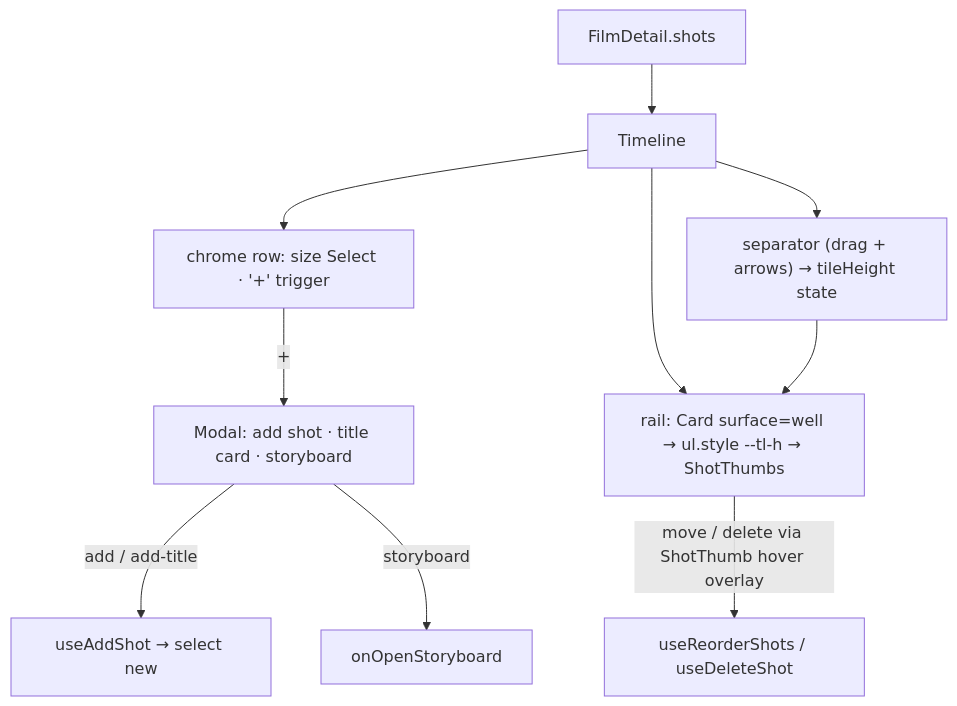
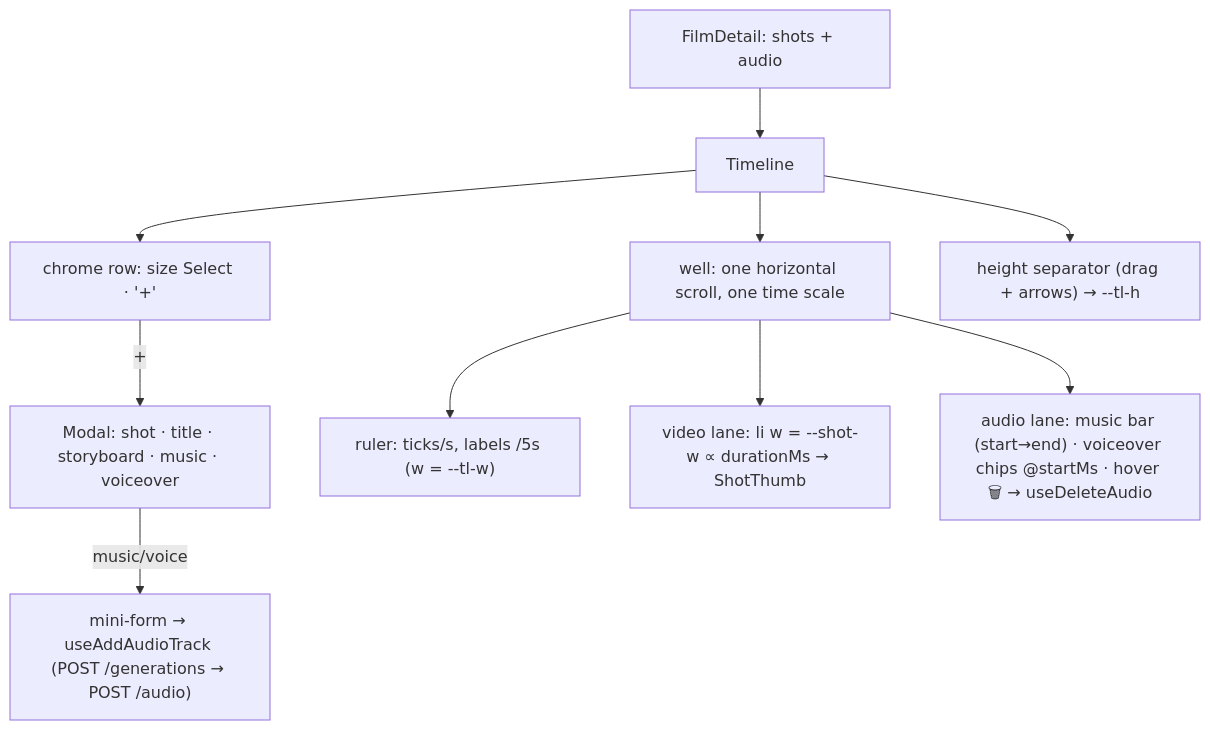
Before and after one commit to AzamatRaimbekov2/openCreate: the diagram in apps/web/src/modules/Cinema/components/Timeline.tsx.md, drawn with Mermaid. The commit also changed other lines of this file and 20 other files, not shown here.

````diff
--- a/apps/web/src/modules/Cinema/components/Timeline.tsx.md
+++ b/apps/web/src/modules/Cinema/components/Timeline.tsx.md
@@ -36,12 +50,12 @@
 ```mermaid
 flowchart TD
-  FILM[FilmDetail.shots] --> T[Timeline]
-  T --> H["chrome row: size Select · '+' trigger"]
-  H -->|"+"| DLG["Modal: add shot · title card · storyboard"]
-  DLG -->|add / add-title| ADD[useAddShot → select new]
-  DLG -->|storyboard| SB[onOpenStoryboard]
-  T --> R["rail: Card surface=well → ul.style --tl-h → ShotThumbs"]
-  T --> SEP["separator (drag + arrows) → tileHeight state"]
-  SEP --> R
-  R -->|move / delete via ShotThumb hover overlay| MUT[useReorderShots / useDeleteShot]
+  FILM[FilmDetail: shots + audio] --> T[Timeline]
+  T --> H["chrome row: size Select · '+'"]
+  H -->|"+"| DLG["Modal: shot · title · storyboard · music · voiceover"]
+  DLG -->|music/voice| FORM["mini-form → useAddAudioTrack (POST /generations → POST /audio)"]
+  T --> WELL["well: one horizontal scroll, one time scale"]
+  WELL --> RULER["ruler: ticks/s, labels /5s (w = --tl-w)"]
+  WELL --> VLANE["video lane: li w = --shot-w ∝ durationMs → ShotThumb"]
+  WELL --> ALANE["audio lane: music bar (start→end) · voiceover chips @startMs · hover 🗑 → useDeleteAudio"]
+  T --> SEP["height separator (drag + arrows) → --tl-h"]
 ```
````
